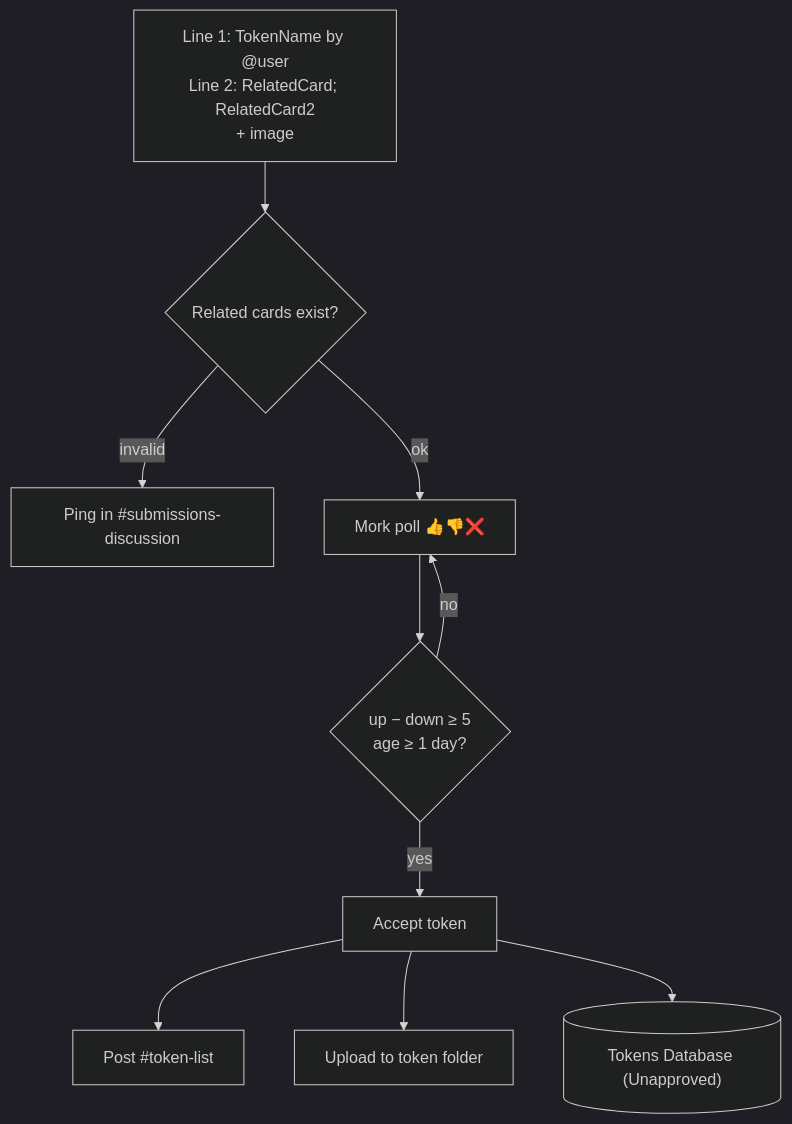
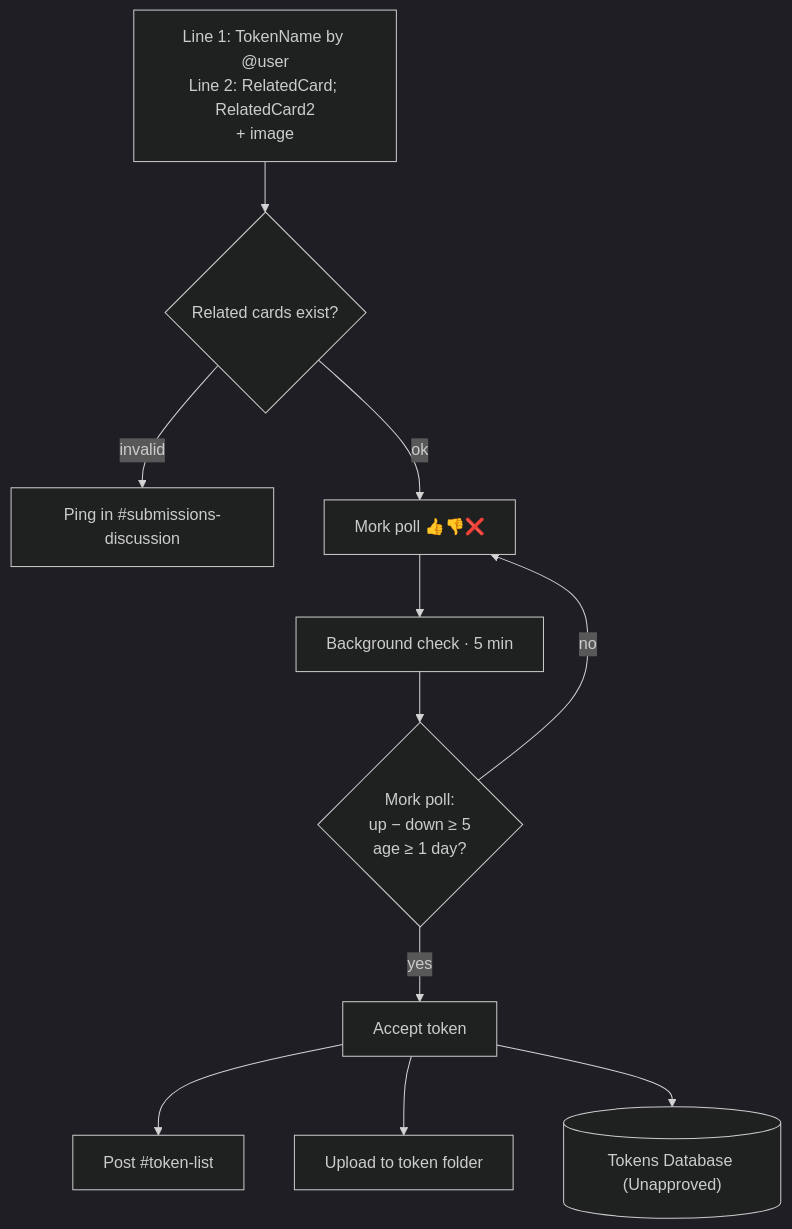
Before and after one commit to bones-bones/mork: the fourth of 6 diagrams in docs/card-flows/submissions.md, drawn with Mermaid (dark theme). The commit also changed 6 other files, not shown here.

````diff
--- a/docs/card-flows/submissions.md
+++ b/docs/card-flows/submissions.md
@@ -101,12 +101,13 @@
 ```mermaid
 flowchart TD
   U["Line 1: TokenName by @user<br/>Line 2: RelatedCard; RelatedCard2<br/>+ image"] --> VAL{"Related cards exist?"}
   VAL -->|invalid| STOP["Ping in #submissions-discussion"]
   VAL -->|ok| POLL["Mork poll 👍👎❌"]
-  POLL --> CHK{"up − down ≥ 5<br/>age ≥ 1 day?"}
+  POLL --> LOOP["Background check · 5 min"]
+  LOOP --> CHK{"Mork poll:<br/>up − down ≥ 5<br/>age ≥ 1 day?"}
   CHK -->|no| POLL
   CHK -->|yes| ACC["Accept token"]
   ACC --> CL["Post #token-list"]
   ACC --> DRV["Upload to token folder"]
   ACC --> SH[("Tokens Database (Unapproved)")]
 ```
````
